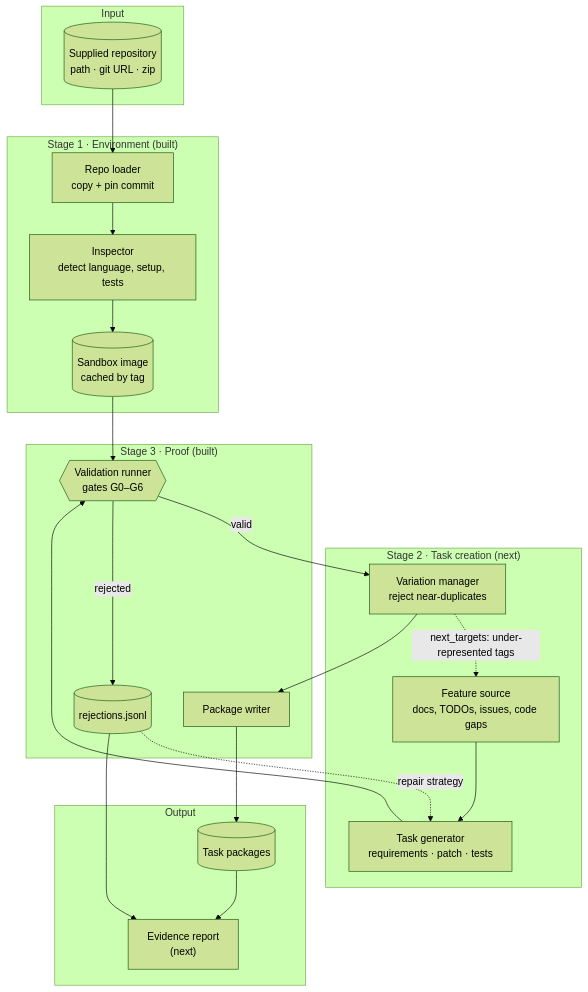
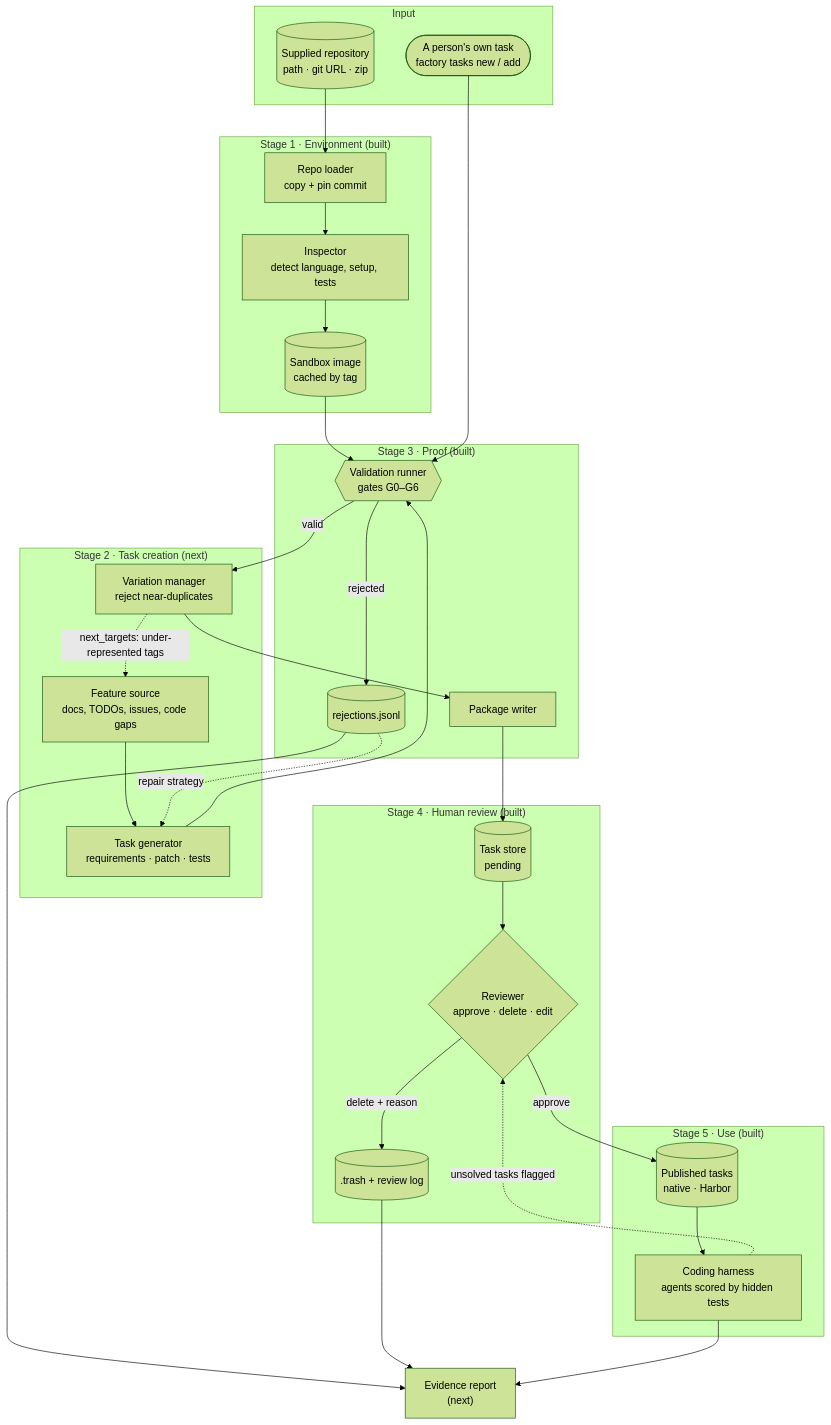
Before and after one commit to sreenivasivbieb/task-factory: the first of 13 diagrams in docs/design.md, drawn with Mermaid (forest theme). The commit also changed other lines of this file and 25 other files, not shown here.

First line of the commit message:
Human review, own tasks, coding harness and Harbor export

````diff
--- a/docs/design.md
+++ b/docs/design.md
@@ -52,41 +57,55 @@
 ```mermaid
 flowchart TB
     subgraph IN["Input"]
         REPO[("Supplied repository<br/>path · git URL · zip")]
+        HUMAN(["A person's own task<br/>factory tasks new / add"])
     end
 
     subgraph S1["Stage 1 · Environment (built)"]
         LOAD[Repo loader<br/>copy + pin commit]
         INSP[Inspector<br/>detect language, setup, tests]
         IMG[(Sandbox image<br/>cached by tag)]
         LOAD --> INSP --> IMG
     end
 
     subgraph S2["Stage 2 · Task creation (next)"]
         FS[Feature source<br/>docs, TODOs, issues, code gaps]
         GEN[Task generator<br/>requirements · patch · tests]
         VAR[Variation manager<br/>reject near-duplicates]
         FS --> GEN
         VAR -.->|next_targets: under-represented tags| FS
     end
 
     subgraph S3["Stage 3 · Proof (built)"]
         VAL{{"Validation runner<br/>gates G0–G6"}}
         PKG[Package writer]
         REJ[(rejections.jsonl)]
     end
 
-    subgraph OUT["Output"]
-        TASKS[("Task packages")]
-        REP["Evidence report<br/>(next)"]
+    subgraph S4["Stage 4 · Human review (built)"]
+        STORE[("Task store<br/>pending")]
+        REV{"Reviewer<br/>approve · delete · edit"}
+        TRASH[(".trash + review log")]
+        STORE --> REV
+        REV -- delete + reason --> TRASH
     end
+
+    subgraph S5["Stage 5 · Use (built)"]
+        PUB[("Published tasks<br/>native · Harbor")]
+        HAR["Coding harness<br/>agents scored by hidden tests"]
+        PUB --> HAR
+    end
+
+    REP["Evidence report<br/>(next)"]
 
     REPO --> LOAD
     IMG --> VAL
     GEN --> VAL
-    VAL -- valid --> VAR --> PKG --> TASKS
+    HUMAN --> VAL
+    VAL -- valid --> VAR --> PKG --> STORE
     VAL -- rejected --> REJ
     REJ -.->|repair strategy| GEN
-    TASKS --> REP
-    REJ --> REP
+    REV -- approve --> PUB
+    HAR -.->|unsolved tasks flagged| REV
+    REJ & TRASH & HAR --> REP
 ```
````
